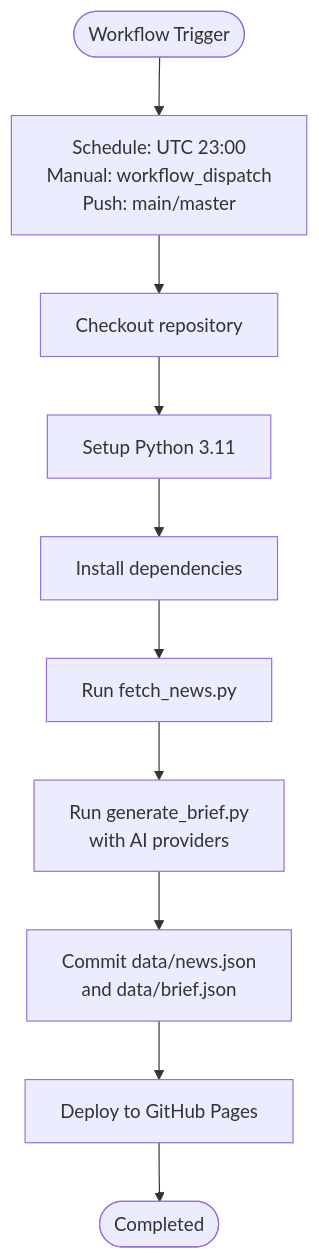
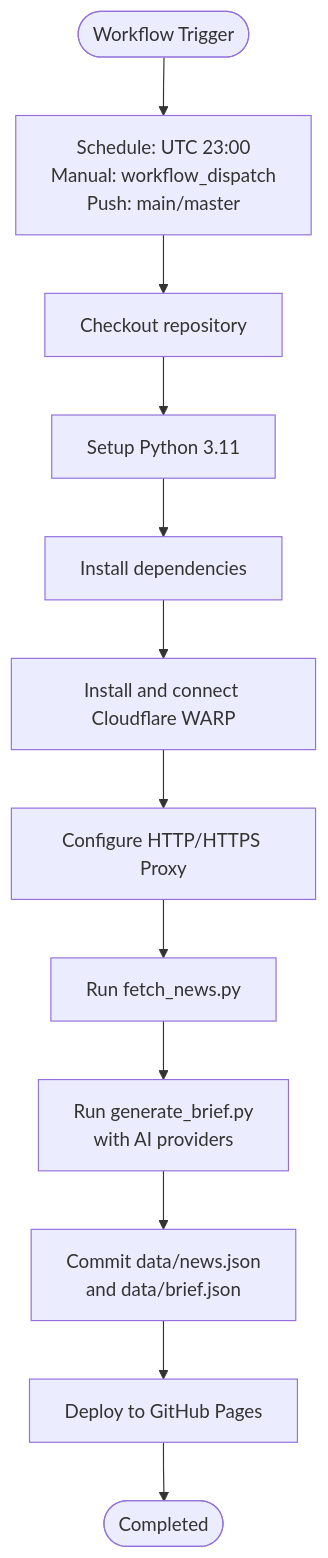
One commit to junxie01/daily_news changed the third of 8 diagrams in .qoder/repowiki/en/content/Deployment & Automation.md. Above: the diagram before and after it, drawn with Mermaid. The commit also changed other lines of this file and 4 other files, not shown here.

````diff
--- a/.qoder/repowiki/en/content/Deployment & Automation.md
+++ b/.qoder/repowiki/en/content/Deployment & Automation.md
@@ -161,12 +169,14 @@
 ```mermaid
 flowchart TD
 Start(["Workflow Trigger"]) --> S1["Schedule: UTC 23:00<br/>Manual: workflow_dispatch<br/>Push: main/master"]
 S1 --> S2["Checkout repository"]
 S2 --> S3["Setup Python 3.11"]
 S3 --> S4["Install dependencies"]
-S4 --> S5["Run fetch_news.py"]
-S5 --> S6["Run generate_brief.py<br/>with AI providers"]
-S6 --> S7["Commit data/news.json<br/>and data/brief.json"]
-S7 --> S8["Deploy to GitHub Pages"]
-S8 --> End(["Completed"])
+S4 --> S5["Install and connect Cloudflare WARP"]
+S5 --> S6["Configure HTTP/HTTPS Proxy"]
+S6 --> S7["Run fetch_news.py"]
+S7 --> S8["Run generate_brief.py<br/>with AI providers"]
+S8 --> S9["Commit data/news.json<br/>and data/brief.json"]
+S9 --> S10["Deploy to GitHub Pages"]
+S10 --> End(["Completed"])
 ```
````
